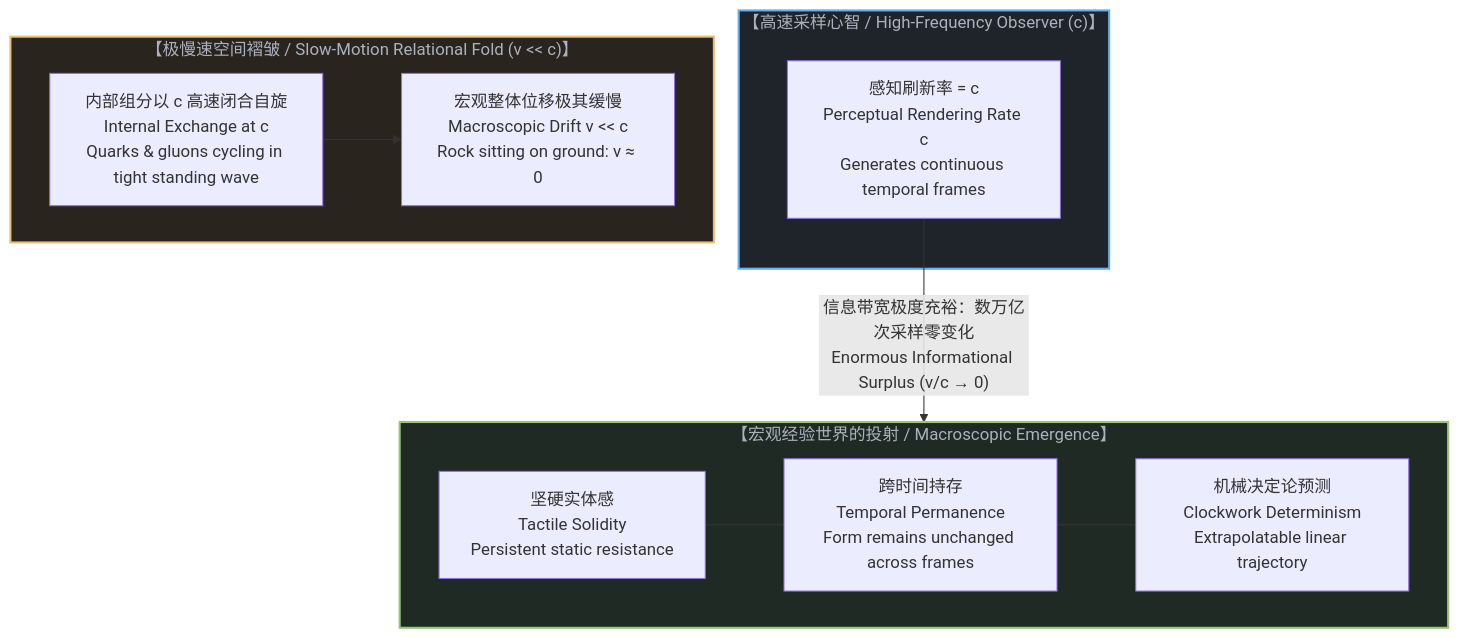
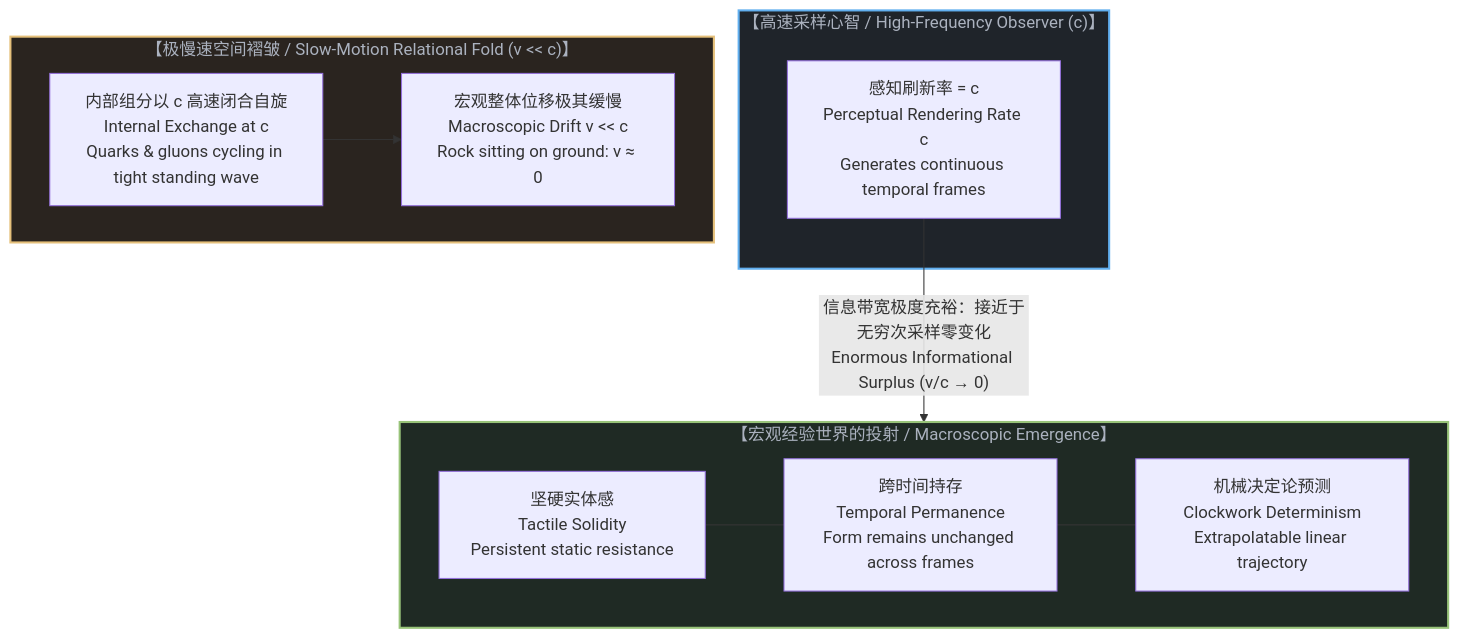
The third of 5 diagrams in content/posts/the-velocity-of-visibility.md (powerpig99/not-a-toe), drawn with Mermaid before and after one commit. The commit also changed other lines of this file and 7 other files, not shown here.

````diff
--- a/content/posts/the-velocity-of-visibility.md
+++ b/content/posts/the-velocity-of-visibility.md
@@ -121,25 +121,25 @@
 ```mermaid
 graph TD
     subgraph HighFrequencyMind["【高速采样心智 / High-Frequency Observer (c)】"]
         MindClock["感知刷新率 = c<br>Perceptual Rendering Rate c<br>Generates continuous temporal frames"]
     end
 
     subgraph SlowFoldMatter["【极慢速空间褶皱 / Slow-Motion Relational Fold (v << c)】"]
         InternalSpin["内部组分以 c 高速闭合自旋<br>Internal Exchange at c<br>Quarks & gluons cycling in tight standing wave"]
         MacroMotion["宏观整体位移极其缓慢<br>Macroscopic Drift v << c<br>Rock sitting on ground: v ≈ 0"]
         InternalSpin --> MacroMotion
     end
 
-    MindClock -->|"信息带宽极度充裕：数万亿次采样零变化<br>Enormous Informational Surplus (v/c → 0)"| PerceptualProjection
+    MindClock -->|"信息带宽极度充裕：接近于无穷次采样零变化<br>Enormous Informational Surplus (v/c → 0)"| PerceptualProjection
 
     subgraph PerceptualProjection["【宏观经验世界的投射 / Macroscopic Emergence】"]
         Solidity["坚硬实体感<br>Tactile Solidity<br>Persistent static resistance"]
         Permanence["跨时间持存<br>Temporal Permanence<br>Form remains unchanged across frames"]
         Determinism["机械决定论预测<br>Clockwork Determinism<br>Extrapolatable linear trajectory"]
         Solidity --- Permanence --- Determinism
     end
 
     style HighFrequencyMind fill:#1f242a,stroke:#61afef,stroke-width:2px,color:#abb2bf
     style SlowFoldMatter fill:#2a241f,stroke:#e5c07b,stroke-width:2px,color:#abb2bf
     style PerceptualProjection fill:#1f2a24,stroke:#98c379,stroke-width:2px,color:#abb2bf
 ```
````
